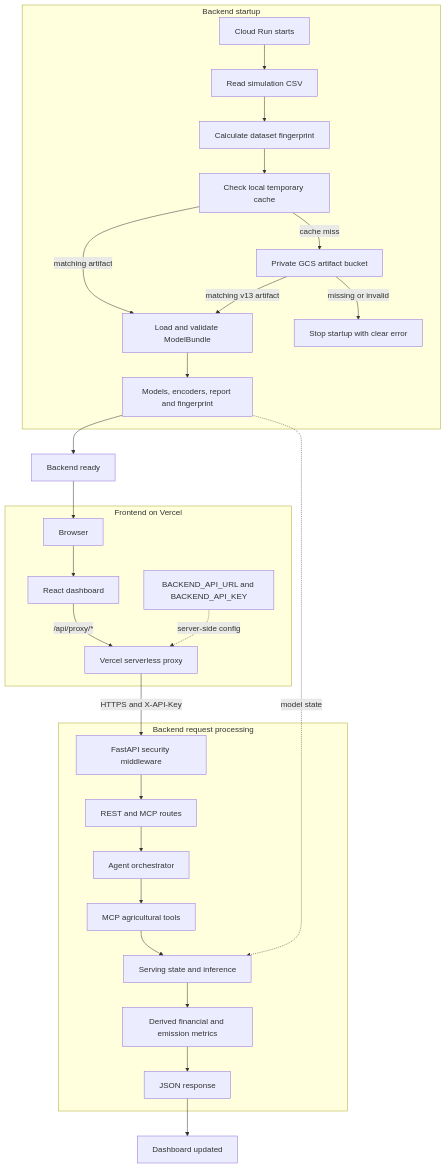
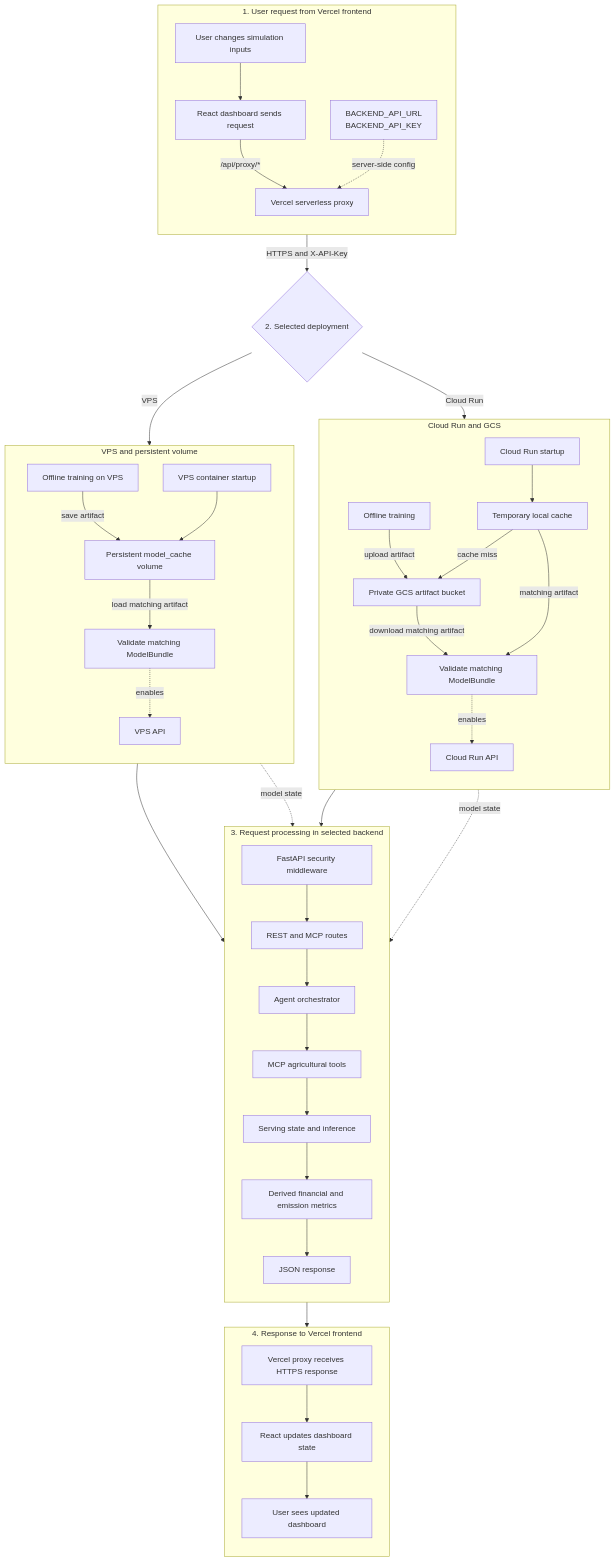
The first of 2 diagrams in Web App/README.md (Star-farm/dashboard-tools), drawn with Mermaid before and after one commit. The commit also changed other lines of this file, not shown here.

Commit message:
docs: update README to clarify backend service details and request flow

````diff
--- a/Web App/README.md
+++ b/Web App/README.md
@@ -19,37 +19,55 @@
 ```mermaid
 flowchart TB
-    subgraph Startup[Backend startup]
-        Start[Cloud Run starts]
-        CSV[Read simulation CSV]
-        Fingerprint[Calculate dataset fingerprint]
-        Local[Check local temporary cache]
-        GCS[Private GCS artifact bucket]
-        Load[Load and validate ModelBundle]
-        Fail[Stop startup with clear error]
-        Bundle[Models, encoders, report and fingerprint]
+    subgraph Request[1. User request from Vercel frontend]
+        direction TB
+        UserAction[User changes simulation inputs]
+        ReactRequest[React dashboard sends request]
+        ProxyRequest[Vercel serverless proxy]
+        VercelEnv[BACKEND_API_URL<br/>BACKEND_API_KEY]
 
-        Start --> CSV
-        CSV --> Fingerprint
-        Fingerprint --> Local
-        Local -->|matching artifact| Load
-        Local -->|cache miss| GCS
-        GCS -->|matching v13 artifact| Load
-        GCS -->|missing or invalid| Fail
-        Load --> Bundle
+        UserAction --> ReactRequest
+        ReactRequest -->|/api/proxy/*| ProxyRequest
+        VercelEnv -. server-side config .-> ProxyRequest
     end
 
-    subgraph Frontend[Frontend on Vercel]
-        Browser[Browser]
-        React[React dashboard]
-        Proxy[Vercel serverless proxy]
-        VercelEnv[BACKEND_API_URL and BACKEND_API_KEY]
+    ProxyRequest -->|HTTPS and X-API-Key| Target{2. Selected deployment}
 
-        Browser --> React
-        React -->|/api/proxy/*| Proxy
-        VercelEnv -. server-side config .-> Proxy
+    subgraph CloudRun[Cloud Run and GCS]
+        direction TB
+        CRTrain[Offline training]
+        CRStart[Cloud Run startup]
+        CRLocal[Temporary local cache]
+        GCS[Private GCS artifact bucket]
+        CRLoad[Validate matching ModelBundle]
+        CRAPI[Cloud Run API]
+
+        CRTrain -->|upload artifact| GCS
+        CRStart --> CRLocal
+        CRLocal -->|matching artifact| CRLoad
+        CRLocal -->|cache miss| GCS
+        GCS -->|download matching artifact| CRLoad
+        CRLoad -. enables .-> CRAPI
     end
 
-    subgraph Backend[Backend request processing]
+    subgraph VPSDeployment[VPS and persistent volume]
+        direction TB
+        VPSTrain[Offline training on VPS]
+        VPSStart[VPS container startup]
+        Volume[Persistent model_cache volume]
+        VPSLoad[Validate matching ModelBundle]
+        VPSAPI[VPS API]
+
+        VPSTrain -->|save artifact| Volume
+        VPSStart --> Volume
+        Volume -->|load matching artifact| VPSLoad
+        VPSLoad -. enables .-> VPSAPI
+    end
+
+    Target -->|Cloud Run| CRAPI
+    Target -->|VPS| VPSAPI
+
+    subgraph API[3. Request processing in selected backend]
+        direction TB
         Security[FastAPI security middleware]
         Routes[REST and MCP routes]
         Agent[Agent orchestrator]
@@ -66,9 +84,20 @@
         Derived --> JSON
     end
 
-    Bundle --> Ready[Backend ready]
-    Ready --> Browser
-    Bundle -. model state .-> Runtime
-    Proxy -->|HTTPS and X-API-Key| Security
-    JSON --> Dashboard[Dashboard updated]
+    CRAPI --> Security
+    VPSAPI --> Security
+    CRLoad -. model state .-> Runtime
+    VPSLoad -. model state .-> Runtime
+
+    subgraph Response[4. Response to Vercel frontend]
+        direction TB
+        ProxyResponse[Vercel proxy receives HTTPS response]
+        ReactResponse[React updates dashboard state]
+        UserResult[User sees updated dashboard]
+
+        ProxyResponse --> ReactResponse
+        ReactResponse --> UserResult
+    end
+
+    JSON --> ProxyResponse
 ```
````
